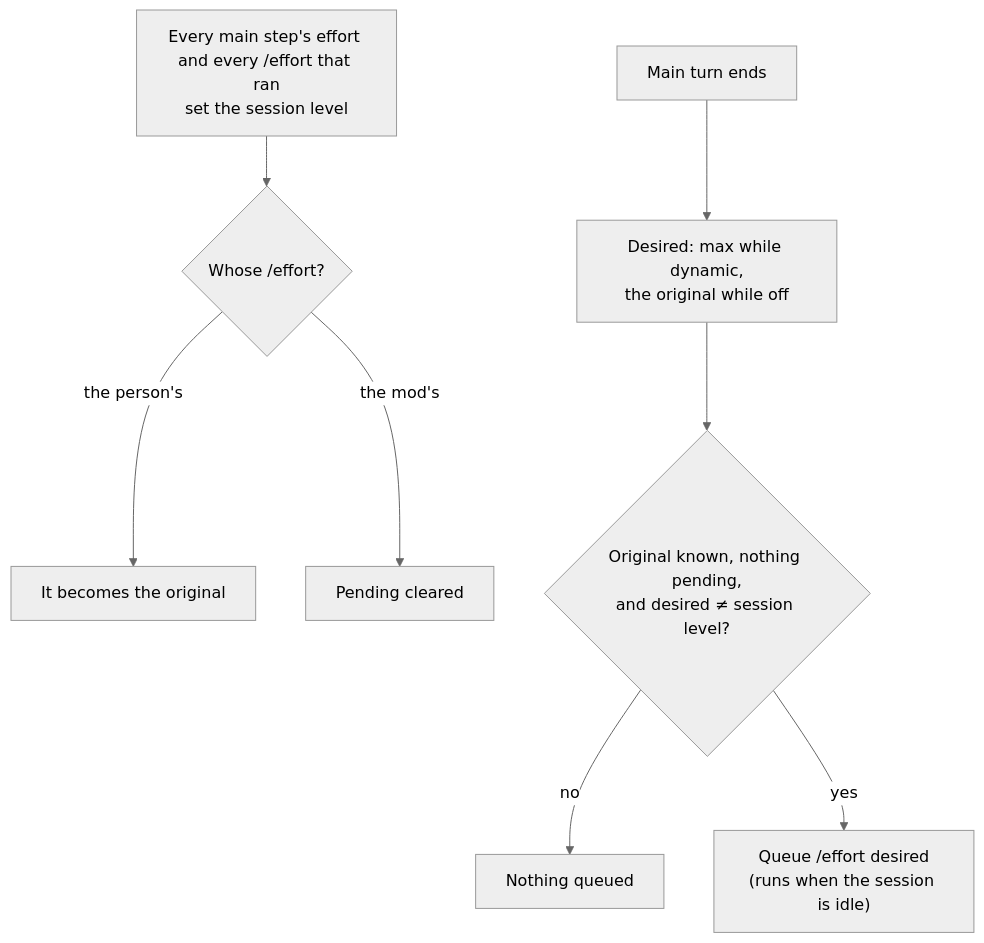
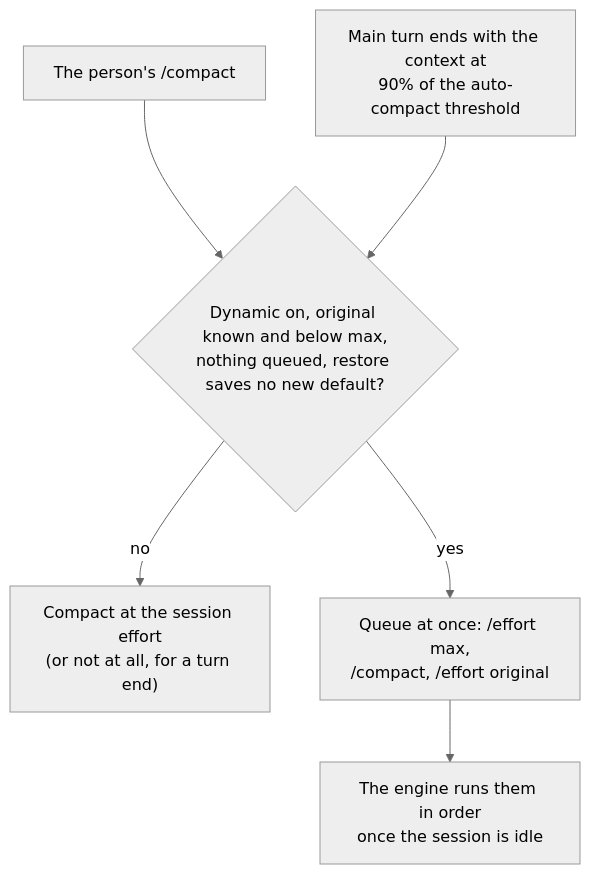
The third of 3 diagrams in tools/claude-dynamic-effort/README.md (kkkaoru/dotfiles), drawn with Mermaid (neutral theme) before and after one commit. The commit also changed other lines of this file and 3 other files, not shown here.

First line of the commit message:
fix(claude-dynamic-effort): raise effort to max only for one compaction

````diff
--- a/tools/claude-dynamic-effort/README.md
+++ b/tools/claude-dynamic-effort/README.md
@@ -133,10 +131,8 @@
 ```mermaid
 flowchart TD
-  observe["Every main step's effort and every /effort that ran<br/>set the session level"] --> who{"Whose /effort?"}
-  who -- "the person's" --> orig["It becomes the original"]
-  who -- "the mod's" --> clear["Pending cleared"]
-  turnend["Main turn ends"] --> desired["Desired: max while dynamic,<br/>the original while off"]
-  desired --> check{"Original known, nothing pending,<br/>and desired ≠ session level?"}
-  check -- no --> done["Nothing queued"]
-  check -- yes --> queue["Queue /effort desired<br/>(runs when the session is idle)"]
+  manual["The person's /compact"] --> gate{"Dynamic on, original known and below max,<br/>nothing queued, restore saves no new default?"}
+  turnend["Main turn ends with the context at<br/>90% of the auto-compact threshold"] --> gate
+  gate -- no --> plain["Compact at the session effort<br/>(or not at all, for a turn end)"]
+  gate -- yes --> queue["Queue at once: /effort max,<br/>/compact, /effort original"]
+  queue --> runs["The engine runs them in order<br/>once the session is idle"]
 ```
````
